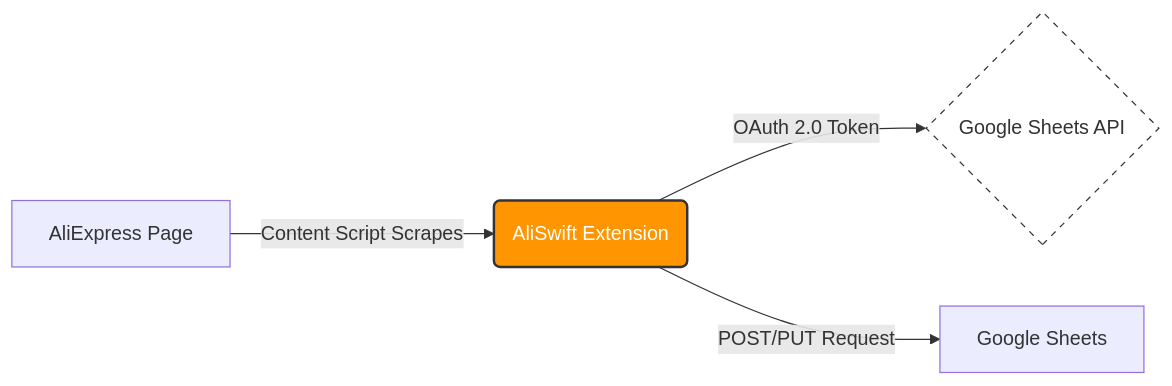
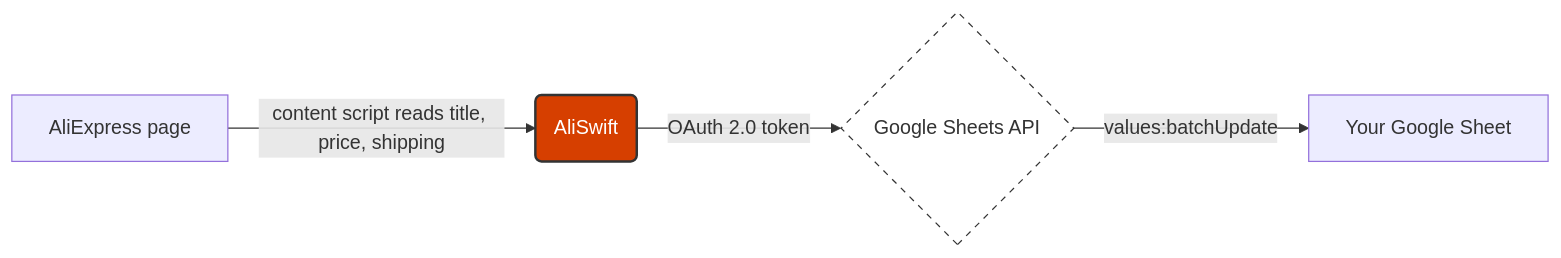
One commit to envyxyz/aliswift changed the diagram in README.md. Above: the diagram before and after it, drawn with Mermaid. The commit also changed other lines of this file and 30 other files, not shown here.

````diff
--- a/README.md
+++ b/README.md
@@ -131,9 +117,9 @@
 ```mermaid
 graph LR
-    A[AliExpress Page] -->|Content Script Scrapes| B(AliSwift Extension)
-    B -->|OAuth 2.0 Token| C{Google Sheets API}
-    B -->|POST/PUT Request| D[Google Sheets]
+    A[AliExpress page] -->|content script reads title, price, shipping| B(AliSwift)
+    B -->|OAuth 2.0 token| C{Google Sheets API}
+    C -->|values:batchUpdate| D[Your Google Sheet]
 
-    style B fill:#FF9500,stroke:#333,stroke-width:2px,color:#fff
+    style B fill:#d63f00,stroke:#333,stroke-width:2px,color:#fff
     style C fill:#fff,stroke:#333,stroke-dasharray: 5 5
 ```
````
